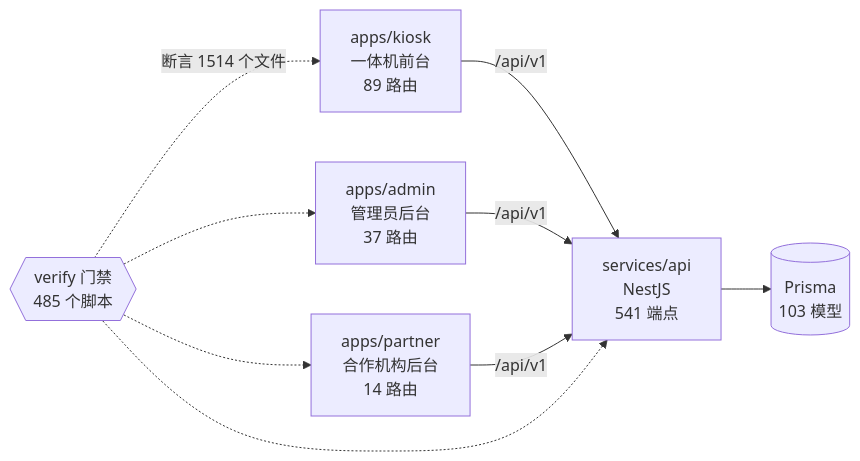
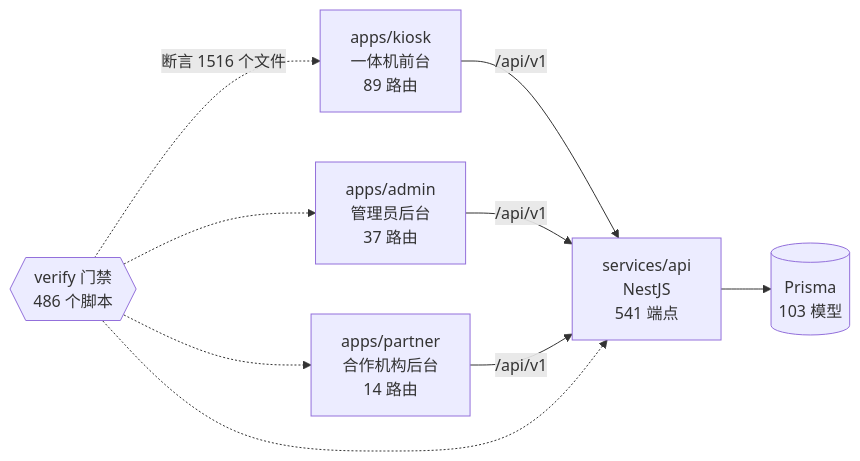
The diagram in docs/graph/README.md (wanglei581/YITIJI), drawn with Mermaid before and after one commit. The commit also changed other lines of this file and 3 other files, not shown here.

Commit message:
Refresh the project graph after the AIGC gate imports.

````diff
--- a/docs/graph/README.md
+++ b/docs/graph/README.md
@@ -68,18 +68,18 @@
 ```mermaid
 flowchart LR
   kiosk["apps/kiosk<br/>一体机前台<br/>89 路由"]
   admin["apps/admin<br/>管理员后台<br/>37 路由"]
   partner["apps/partner<br/>合作机构后台<br/>14 路由"]
   api["services/api<br/>NestJS<br/>541 端点"]
   db[("Prisma<br/>103 模型")]
-  gates{{"verify 门禁<br/>485 个脚本"}}
+  gates{{"verify 门禁<br/>486 个脚本"}}
 
   kiosk -->|"/api/v1"| api
   admin -->|"/api/v1"| api
   partner -->|"/api/v1"| api
   api --> db
-  gates -.->|"断言 1514 个文件"| kiosk
+  gates -.->|"断言 1516 个文件"| kiosk
   gates -.-> admin
   gates -.-> partner
   gates -.-> api
 ```
````
